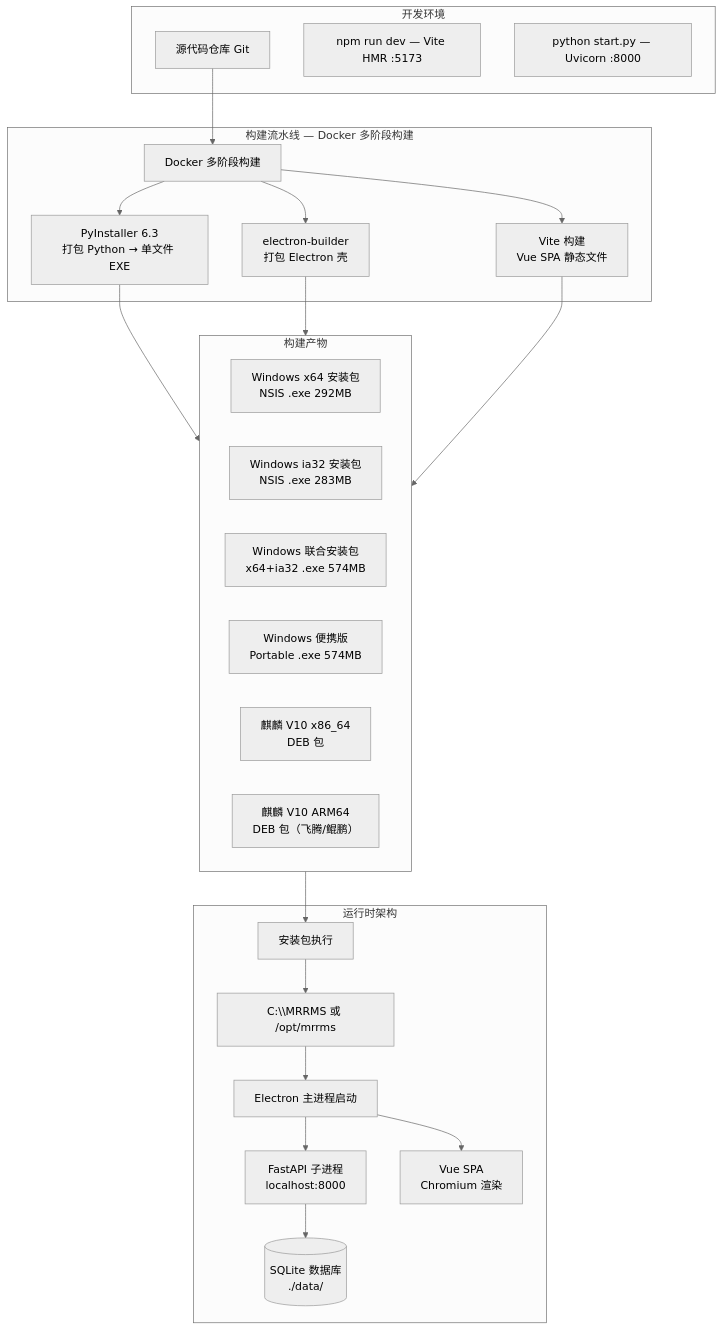
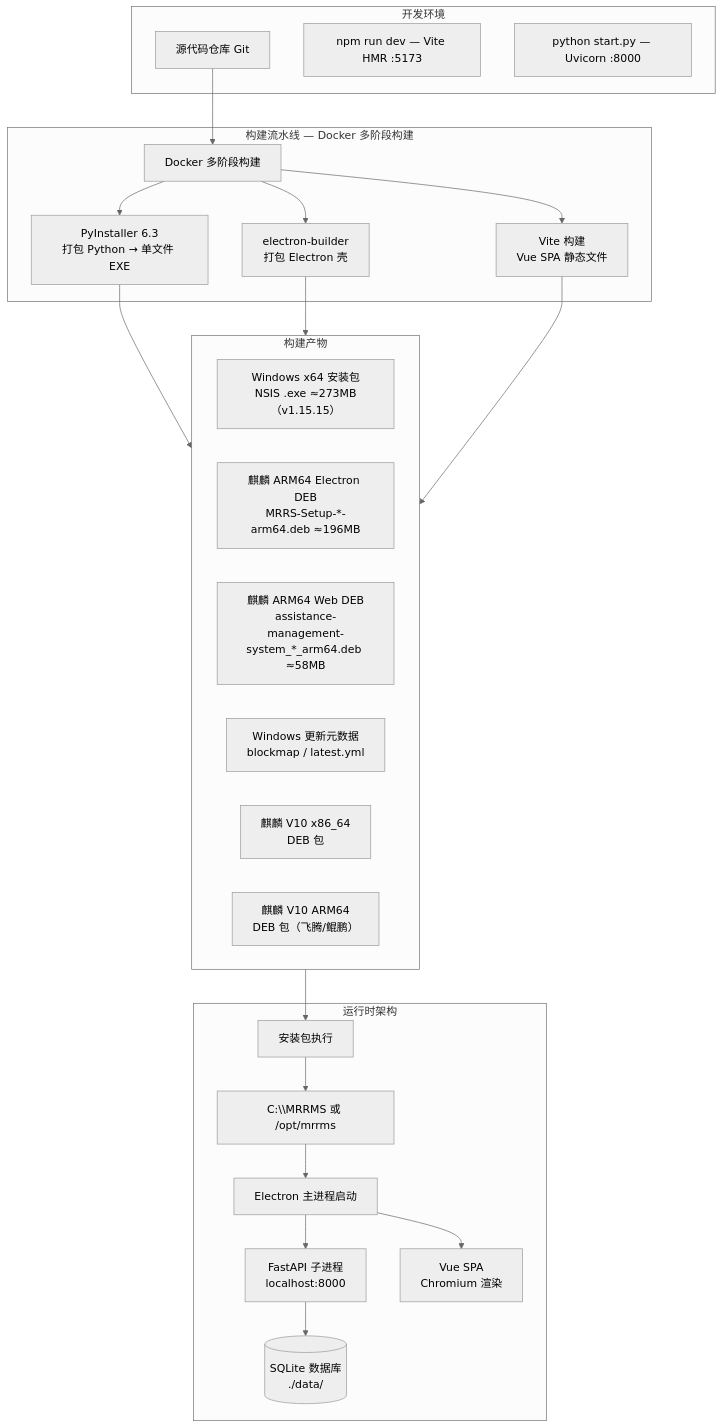
One commit to lzh745200/MRRS changed the third of 15 diagrams in docs/03-开发文档/01-架构设计/系统设计图集.md. Above: the diagram before and after it, drawn with Mermaid (neutral theme). The commit also changed other lines of this file and 63 other files, not shown here.

````diff
--- a/docs/03-开发文档/01-架构设计/系统设计图集.md
+++ b/docs/03-开发文档/01-架构设计/系统设计图集.md
@@ -141,45 +141,45 @@
 ```mermaid
 graph TB
     subgraph DEV["开发环境"]
         CODE["源代码仓库 Git"]
         DEV_FE["npm run dev — Vite HMR :5173"]
         DEV_BE["python start.py — Uvicorn :8000"]
     end
 
     subgraph BUILD["构建流水线 — Docker 多阶段构建"]
         DOCKER["Docker 多阶段构建"]
         PYINSTALLER["PyInstaller 6.3<br/>打包 Python → 单文件 EXE"]
         ELEC_BUILDER["electron-builder<br/>打包 Electron 壳"]
         FRONTEND_BUILD["Vite 构建<br/>Vue SPA 静态文件"]
     end
 
     subgraph OUTPUT["构建产物"]
-        WIN64["Windows x64 安装包<br/>NSIS .exe 292MB"]
-        WIN32["Windows ia32 安装包<br/>NSIS .exe 283MB"]
-        WIN_ALL["Windows 联合安装包<br/>x64+ia32 .exe 574MB"]
-        WIN_PORT["Windows 便携版<br/>Portable .exe 574MB"]
+        WIN64["Windows x64 安装包<br/>NSIS .exe ≈273MB（v1.15.15）"]
+        WIN32["麒麟 ARM64 Electron DEB<br/>MRRS-Setup-*-arm64.deb ≈196MB"]
+        WIN_ALL["麒麟 ARM64 Web DEB<br/>assistance-management-system_*_arm64.deb ≈58MB"]
+        WIN_PORT["Windows 更新元数据<br/>blockmap / latest.yml"]
         KYLIN_X86["麒麟 V10 x86_64<br/>DEB 包"]
         KYLIN_ARM["麒麟 V10 ARM64<br/>DEB 包（飞腾/鲲鹏）"]
     end
 
     subgraph RUNTIME["运行时架构"]
         INSTALLER["安装包执行"]
         APP_DIR["C:\\MRRMS 或 /opt/mrrms"]
         ELECTRON_RT["Electron 主进程启动"]
         BACKEND_RT["FastAPI 子进程<br/>localhost:8000"]
         FRONTEND_RT["Vue SPA<br/>Chromium 渲染"]
         SQLITE_RT[("SQLite 数据库<br/>./data/")]
     end
 
     CODE --> DOCKER
     DOCKER --> PYINSTALLER
     DOCKER --> ELEC_BUILDER
     DOCKER --> FRONTEND_BUILD
     PYINSTALLER --> OUTPUT
     ELEC_BUILDER --> OUTPUT
     FRONTEND_BUILD --> OUTPUT
     OUTPUT --> INSTALLER --> APP_DIR --> ELECTRON_RT
     ELECTRON_RT --> BACKEND_RT
     ELECTRON_RT --> FRONTEND_RT
     BACKEND_RT --> SQLITE_RT
 ```
````
